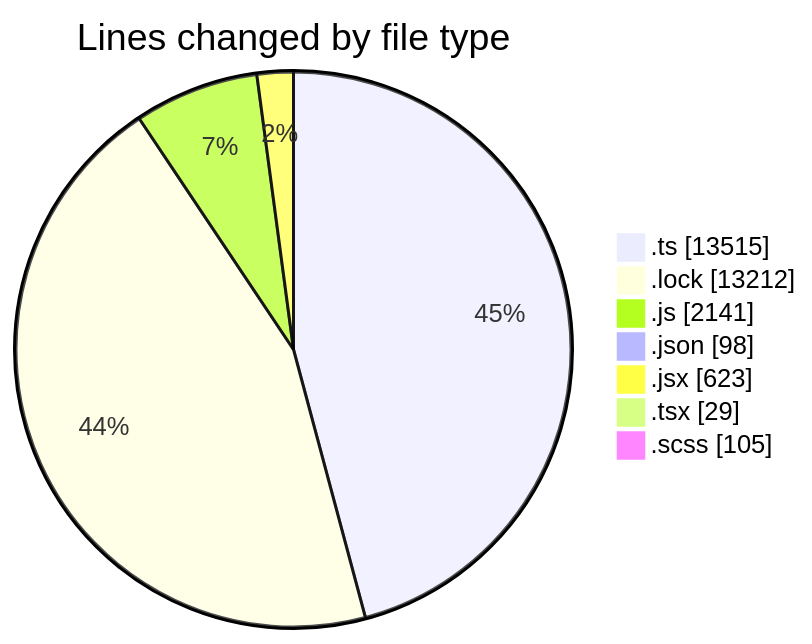
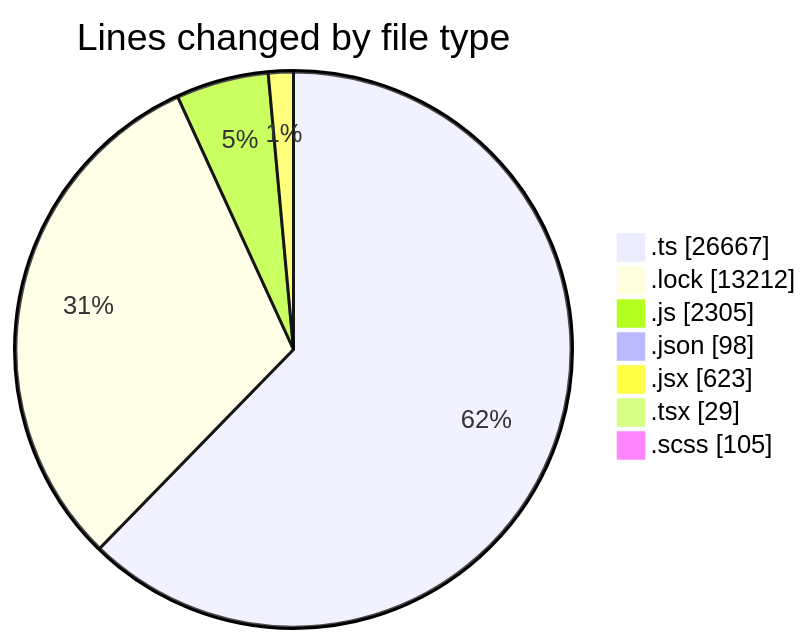
One commit to momahboobian/code-tracking changed the first of 2 diagrams in 2025-05-16/cda/README.md. Above: the diagram before and after it, drawn with Mermaid. The commit also changed other lines of this file and 1 other file, not shown here.

````diff
--- a/2025-05-16/cda/README.md
+++ b/2025-05-16/cda/README.md
@@ -38,11 +40,11 @@
 ```mermaid
 pie showData
 title Lines changed by file type
-".ts" : 13515
+".ts" : 26667
 ".lock" : 13212
-".js" : 2141
+".js" : 2305
 ".json" : 98
 ".jsx" : 623
 ".tsx" : 29
 ".scss" : 105
 ```
````
